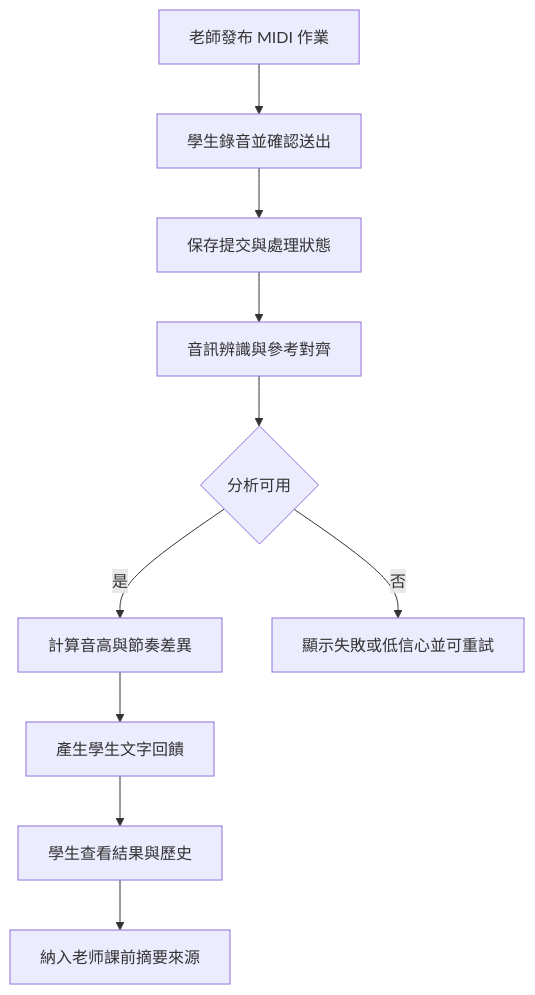
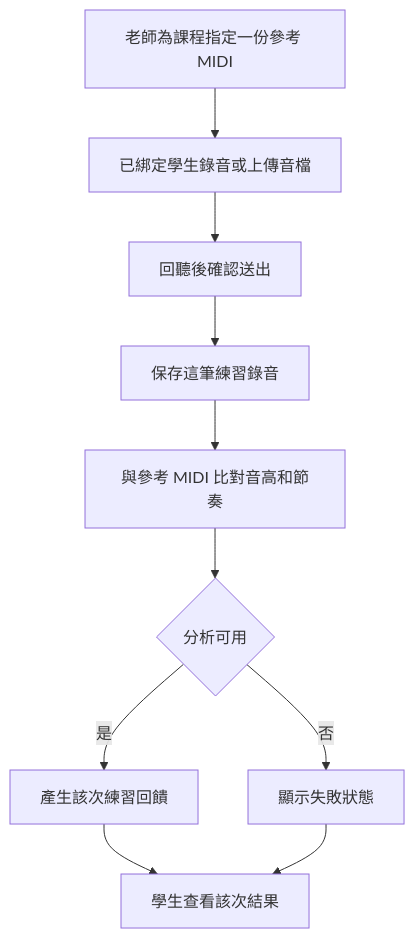
The diagram in docs/User_Flow.md (AnChen1026/AIPE04_group3), drawn with Mermaid before and after one commit. The commit also changed other lines of this file and 19 other files, not shown here.

````diff
--- a/docs/User_Flow.md
+++ b/docs/User_Flow.md
@@ -26,12 +42,12 @@
 ```mermaid
 flowchart TD
-    A[老師發布 MIDI 作業] --> B[學生錄音並確認送出]
-    B --> C[保存提交與處理狀態]
-    C --> D[音訊辨識與參考對齊]
-    D --> E{分析可用}
-    E -->|是| F[計算音高與節奏差異]
-    F --> G[產生學生文字回饋]
-    G --> H[學生查看結果與歷史]
-    E -->|否| I[顯示失敗或低信心並可重試]
-    H --> J[納入老师課前摘要來源]
+    A[老師為課程指定一份參考 MIDI] --> B[已綁定學生錄音或上傳音檔]
+    B --> C[回聽後確認送出]
+    C --> D[保存這筆練習錄音]
+    D --> E[與參考 MIDI 比對音高和節奏]
+    E --> F{分析可用}
+    F -->|是| G[產生該次練習回饋]
+    F -->|否| H[顯示失敗狀態]
+    G --> I[學生查看該次結果]
+    H --> I
 ```
````
